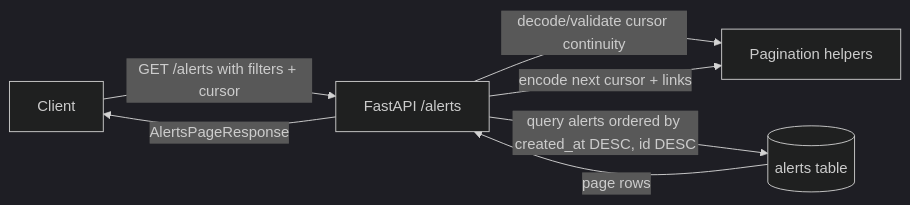
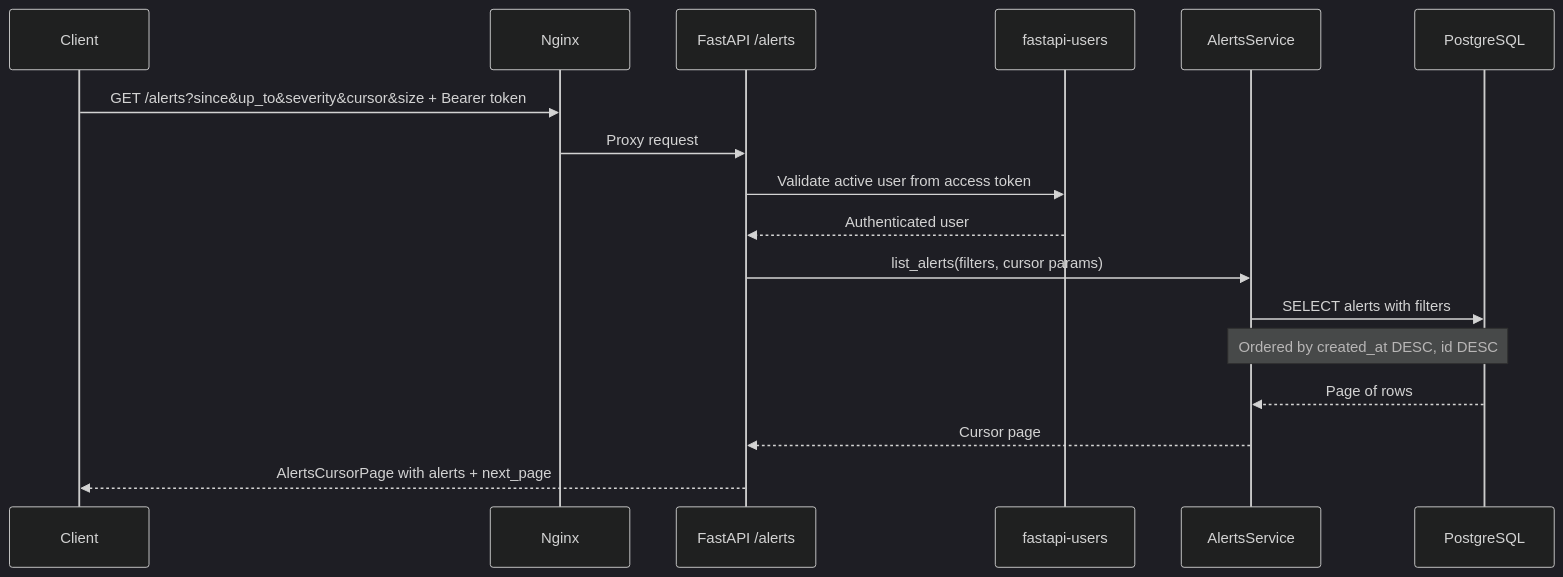
Before and after one commit to DNRRomero/fiofio: the third of 4 diagrams in docs/ARCHITECTURE.md, drawn with Mermaid (dark theme). The commit also changed other lines of this file and 53 other files, not shown here.

````diff
--- a/docs/ARCHITECTURE.md
+++ b/docs/ARCHITECTURE.md
@@ -45,9 +96,20 @@
 ```mermaid
-flowchart LR
-  Client[Client] -->|GET /alerts with filters + cursor| API[FastAPI /alerts]
-  API -->|decode/validate cursor continuity| Cursor[Pagination helpers]
-  API -->|query alerts ordered by created_at DESC, id DESC| DB[(alerts table)]
-  DB -->|page rows| API
-  API -->|encode next cursor + links| Cursor
-  API -->|AlertsPageResponse| Client
+sequenceDiagram
+    participant Client
+    participant Nginx
+    participant API as FastAPI /alerts
+    participant Auth as fastapi-users
+    participant Alerts as AlertsService
+    participant DB as PostgreSQL
+
+    Client->>Nginx: GET /alerts?since&up_to&severity&cursor&size + Bearer token
+    Nginx->>API: Proxy request
+    API->>Auth: Validate active user from access token
+    Auth-->>API: Authenticated user
+    API->>Alerts: list_alerts(filters, cursor params)
+    Alerts->>DB: SELECT alerts with filters
+    Note over Alerts,DB: Ordered by created_at DESC, id DESC
+    DB-->>Alerts: Page of rows
+    Alerts-->>API: Cursor page
+    API-->>Client: AlertsCursorPage with alerts + next_page
 ```
````
